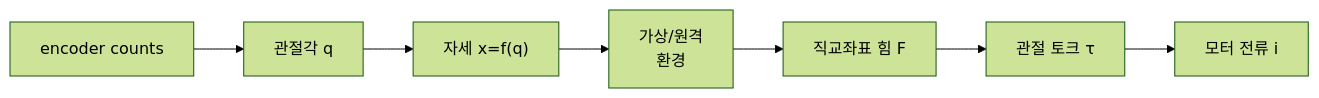
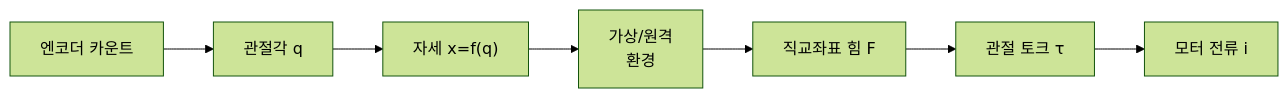
The fourth of 4 diagrams in content/04-robotics/haptics-teleoperation/device-design-kinematics.md (jiseop-byeon/phd-wiki), drawn with Mermaid (forest theme) before and after one commit. The commit also changed other lines of this file and 46 other files, not shown here.

First line of the commit message:
Make every Draw item a variant, translate Korean figure labels, and close the small follow-ups

````diff
--- a/content/04-robotics/haptics-teleoperation/device-design-kinematics.md
+++ b/content/04-robotics/haptics-teleoperation/device-design-kinematics.md
@@ -354,4 +355,4 @@
 ```mermaid
 flowchart LR
-    C["encoder counts"] --> Q["관절각 q"] --> X["자세 x=f(q)"] --> VE["가상/원격<br/>환경"] --> F["직교좌표 힘 F"] --> T["관절 토크 τ"] --> I["모터 전류 i"]
+    C["엔코더 카운트"] --> Q["관절각 q"] --> X["자세 x=f(q)"] --> VE["가상/원격<br/>환경"] --> F["직교좌표 힘 F"] --> T["관절 토크 τ"] --> I["모터 전류 i"]
 ```
````
